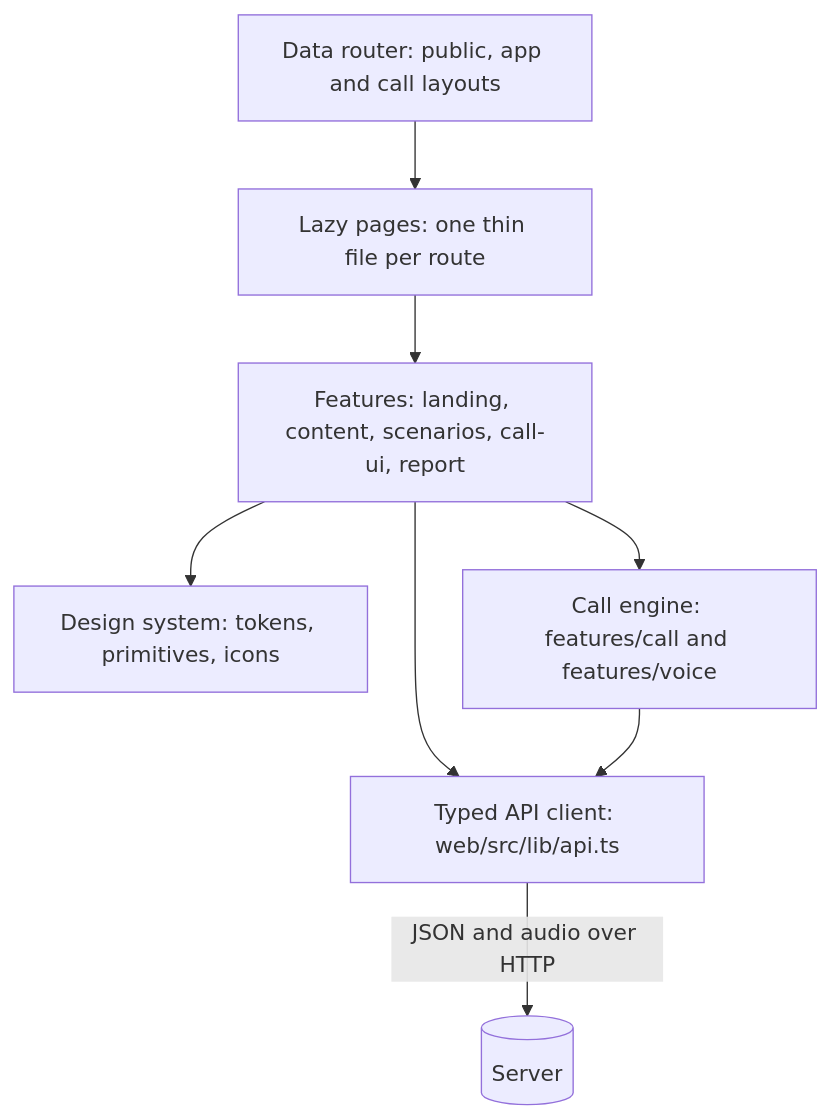
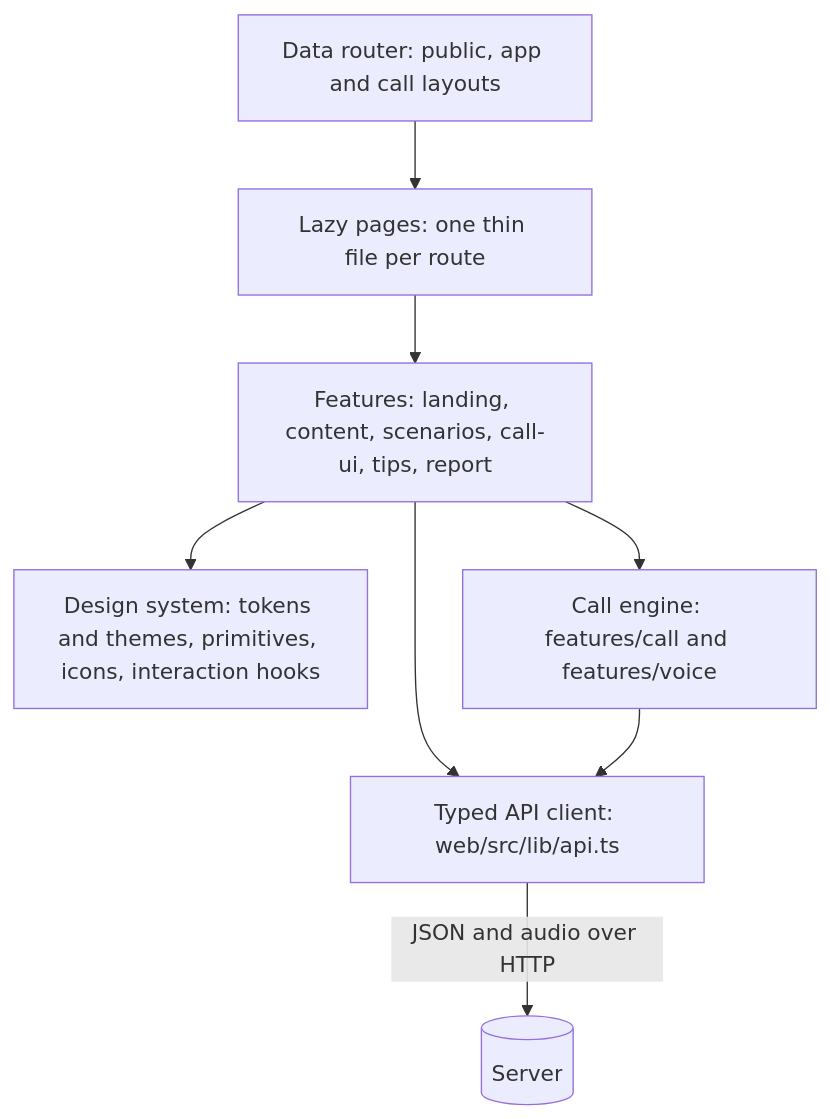
One commit to snowjug/Firefly changed the fourth of 4 diagrams in docs/architecture.md. Above: the diagram before and after it, drawn with Mermaid. The commit also changed other lines of this file and 22 other files, not shown here.

````diff
--- a/docs/architecture.md
+++ b/docs/architecture.md
@@ -173,10 +177,10 @@
 ```mermaid
 flowchart TD
   ROUTER[Data router: public, app and call layouts] --> PAGES[Lazy pages: one thin file per route]
-  PAGES --> FEATURES[Features: landing, content, scenarios, call-ui, report]
-  FEATURES --> DESIGN[Design system: tokens, primitives, icons]
+  PAGES --> FEATURES[Features: landing, content, scenarios, call-ui, tips, report]
+  FEATURES --> DESIGN[Design system: tokens and themes, primitives, icons, interaction hooks]
   FEATURES --> ENGINE[Call engine: features/call and features/voice]
   FEATURES --> API[Typed API client: web/src/lib/api.ts]
   ENGINE --> API
   API -->|JSON and audio over HTTP| SERVER[(Server)]
 ```
````
